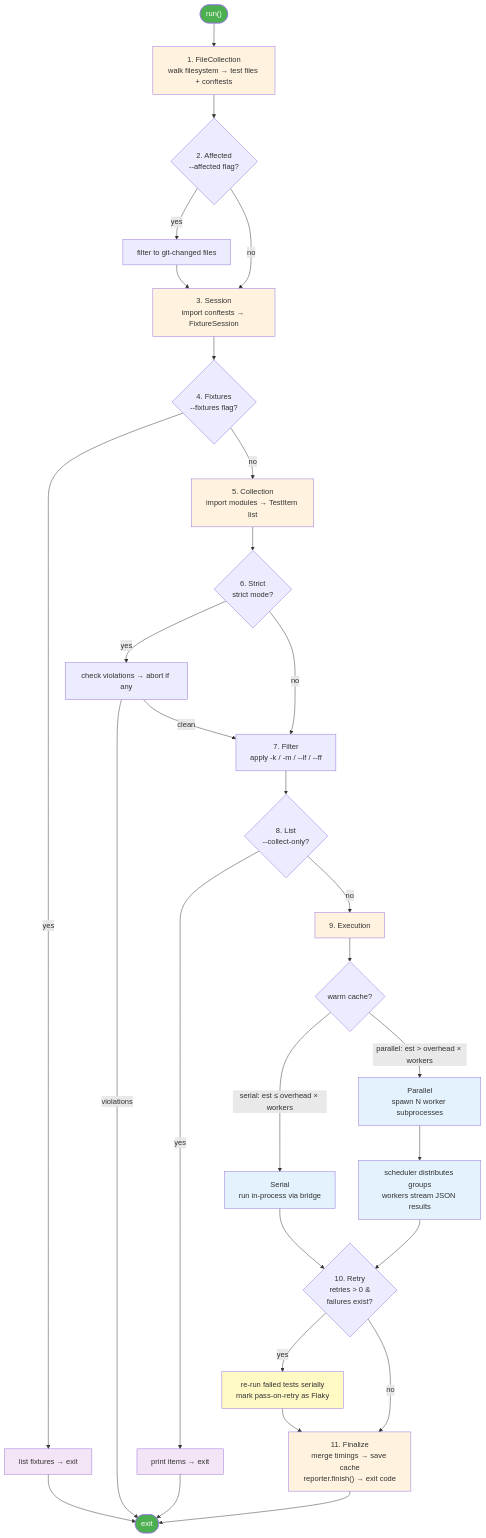
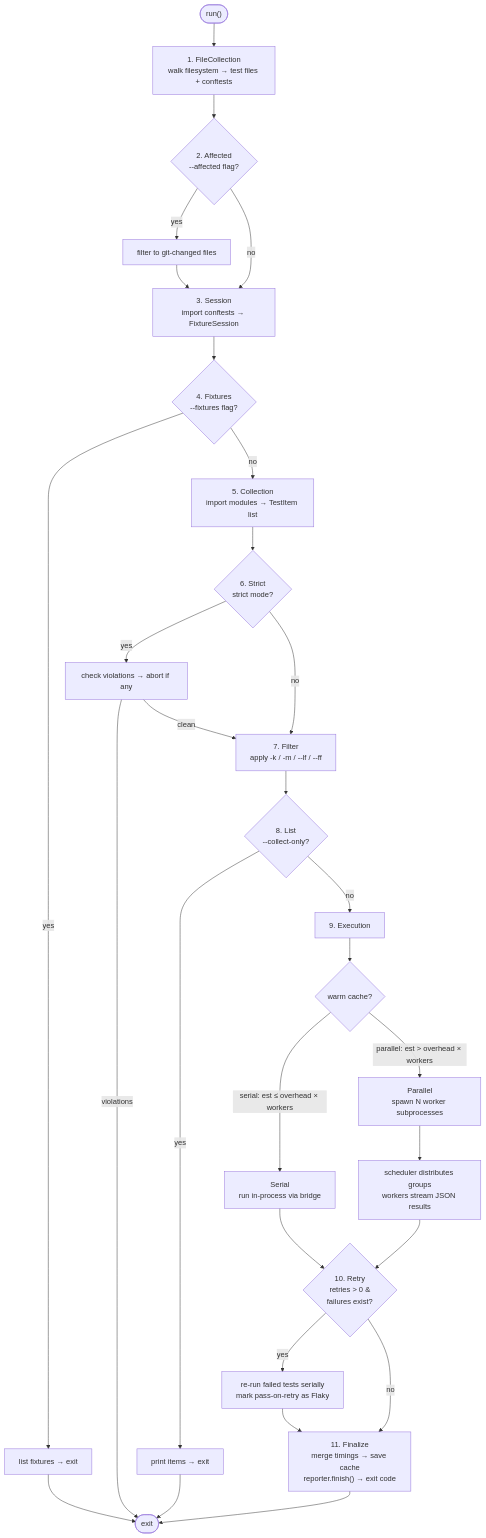
The second of 2 diagrams in docs/src/contributing/architecture.md (kalonji-tools/oxitest), drawn with Mermaid before and after one commit. The commit also changed other lines of this file and 3 other files, not shown here.

First line of the commit message:
fix: dark mode support and click-to-zoom for Mermaid diagrams

````diff
--- a/docs/src/contributing/architecture.md
+++ b/docs/src/contributing/architecture.md
@@ -103,71 +100,58 @@
 ```mermaid
 flowchart TD
     START(["run()"])
 
     FC["1. FileCollection<br/>walk filesystem → test files + conftests"]
     AF{"2. Affected<br/>--affected flag?"}
     AF_Y["filter to git-changed files"]
     SE["3. Session<br/>import conftests → FixtureSession"]
     FX{"4. Fixtures<br/>--fixtures flag?"}
     FX_Y["list fixtures → exit"]
     CO["5. Collection<br/>import modules → TestItem list"]
     ST{"6. Strict<br/>strict mode?"}
     ST_Y["check violations → abort if any"]
     FI["7. Filter<br/>apply -k / -m / --lf / --ff"]
     LI{"8. List<br/>--collect-only?"}
     LI_Y["print items → exit"]
 
     EX["9. Execution"]
     DECIDE{"warm cache?"}
     SERIAL["Serial<br/>run in-process via bridge"]
     PAR["Parallel<br/>spawn N worker subprocesses"]
     PAR_DETAIL["scheduler distributes groups<br/>workers stream JSON results"]
 
     RT{"10. Retry<br/>retries > 0 &<br/>failures exist?"}
     RT_Y["re-run failed tests serially<br/>mark pass-on-retry as Flaky"]
 
     FIN["11. Finalize<br/>merge timings → save cache<br/>reporter.finish() → exit code"]
 
     DONE(["exit"])
 
     START --> FC
     FC --> AF
     AF -->|yes| AF_Y --> SE
     AF -->|no| SE
     SE --> FX
     FX -->|yes| FX_Y --> DONE
     FX -->|no| CO
     CO --> ST
     ST -->|yes| ST_Y
     ST_Y -->|violations| DONE
     ST_Y -->|clean| FI
     ST -->|no| FI
     FI --> LI
     LI -->|yes| LI_Y --> DONE
     LI -->|no| EX
 
     EX --> DECIDE
     DECIDE -->|"serial: est ≤ overhead × workers"| SERIAL
     DECIDE -->|"parallel: est > overhead × workers"| PAR
     PAR --> PAR_DETAIL
     SERIAL --> RT
     PAR_DETAIL --> RT
 
     RT -->|yes| RT_Y --> FIN
     RT -->|no| FIN
     FIN --> DONE
 
-    style START fill:#4CAF50,color:#fff
-    style DONE fill:#4CAF50,color:#fff
-    style FC fill:#fff3e0
-    style SE fill:#fff3e0
-    style CO fill:#fff3e0
-    style EX fill:#fff3e0
-    style FIN fill:#fff3e0
-    style SERIAL fill:#e3f2fd
-    style PAR fill:#e3f2fd
-    style PAR_DETAIL fill:#e3f2fd
-    style RT_Y fill:#fff9c4
-    style FX_Y fill:#f3e5f5
-    style LI_Y fill:#f3e5f5
 ```
````
